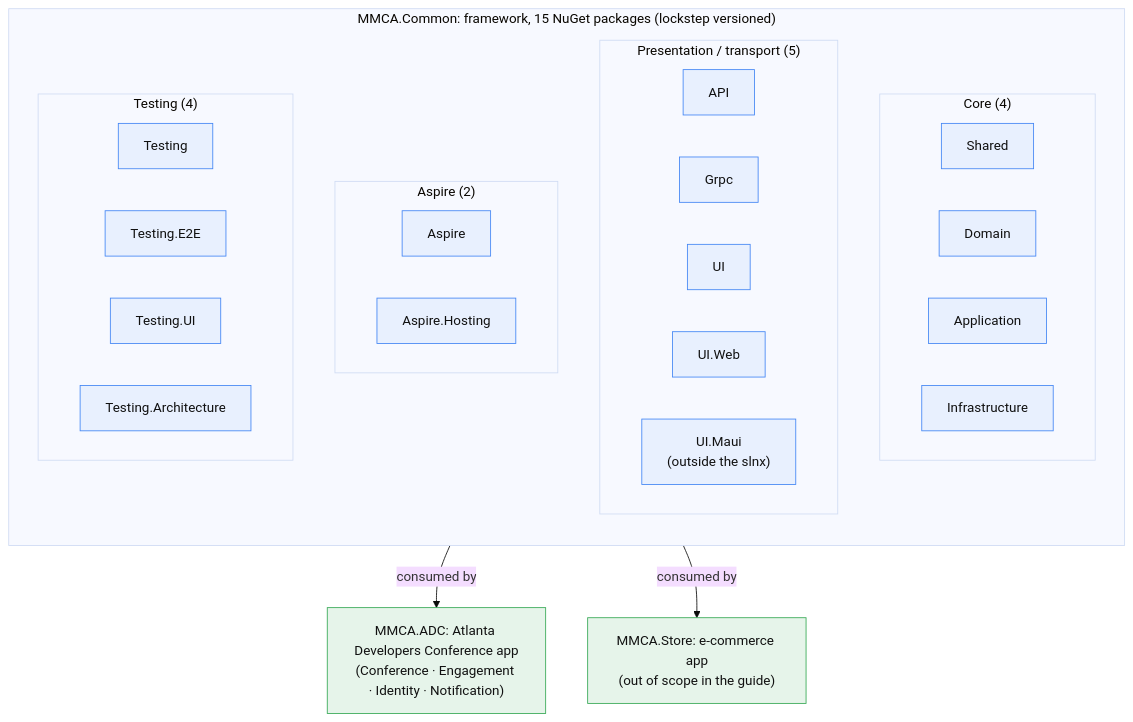
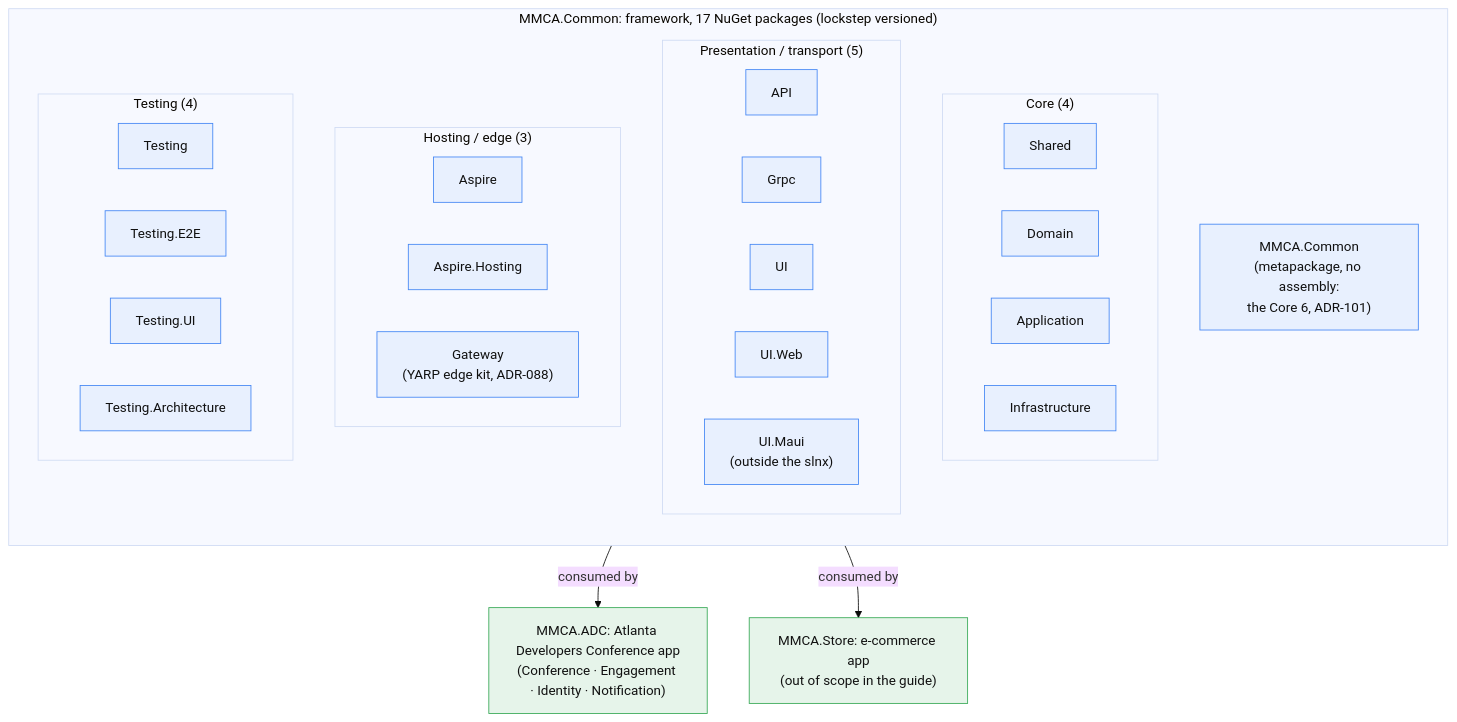
One commit to ivanball/ivanball.github.io changed the first of 15 diagrams in docs-src/onboarding/CONCEPT-MAPS.md. Above: the diagram before and after it, drawn with Mermaid (base theme). The commit also changed other lines of this file and 79 other files, not shown here.

````diff
--- a/docs-src/onboarding/CONCEPT-MAPS.md
+++ b/docs-src/onboarding/CONCEPT-MAPS.md
@@ -23,40 +31,42 @@
 ```mermaid
 flowchart TD
-    subgraph COMMON["MMCA.Common: framework, 15 NuGet packages (lockstep versioned)"]
+    subgraph COMMON["MMCA.Common: framework, 17 NuGet packages (lockstep versioned)"]
         direction TB
         subgraph CORE["Core (4)"]
             SH["Shared"]
             DOM["Domain"]
             APP["Application"]
             INF["Infrastructure"]
         end
         subgraph PRES["Presentation / transport (5)"]
             API["API"]
             GRPC["Grpc"]
             UI["UI"]
             UIW["UI.Web"]
             UIM["UI.Maui<br/>(outside the slnx)"]
         end
-        subgraph ASP["Aspire (2)"]
+        subgraph HOSTPK["Hosting / edge (3)"]
             ASPIRE["Aspire"]
             ASPH["Aspire.Hosting"]
+            GWPK["Gateway<br/>(YARP edge kit, ADR-088)"]
         end
         subgraph TEST["Testing (4)"]
             T1["Testing"]
             T2["Testing.E2E"]
             T3["Testing.UI"]
             T4["Testing.Architecture"]
         end
+        META["MMCA.Common<br/>(metapackage, no assembly:<br/>the Core 6, ADR-101)"]
     end
 
     ADC["MMCA.ADC: Atlanta Developers Conference app<br/>(Conference · Engagement · Identity · Notification)"]
     STORE["MMCA.Store: e-commerce app<br/>(out of scope in the guide)"]
 
     COMMON -->|"consumed by"| ADC
     COMMON -->|"consumed by"| STORE
 
     classDef fw fill:#e8f0fe,stroke:#4285f4,color:#111
     classDef con fill:#e6f4ea,stroke:#34a853,color:#111
-    class SH,DOM,APP,INF,API,GRPC,UI,UIW,UIM,ASPIRE,ASPH,T1,T2,T3,T4 fw
+    class SH,DOM,APP,INF,API,GRPC,UI,UIW,UIM,ASPIRE,ASPH,GWPK,T1,T2,T3,T4,META fw
     class ADC,STORE con
 ```
````
